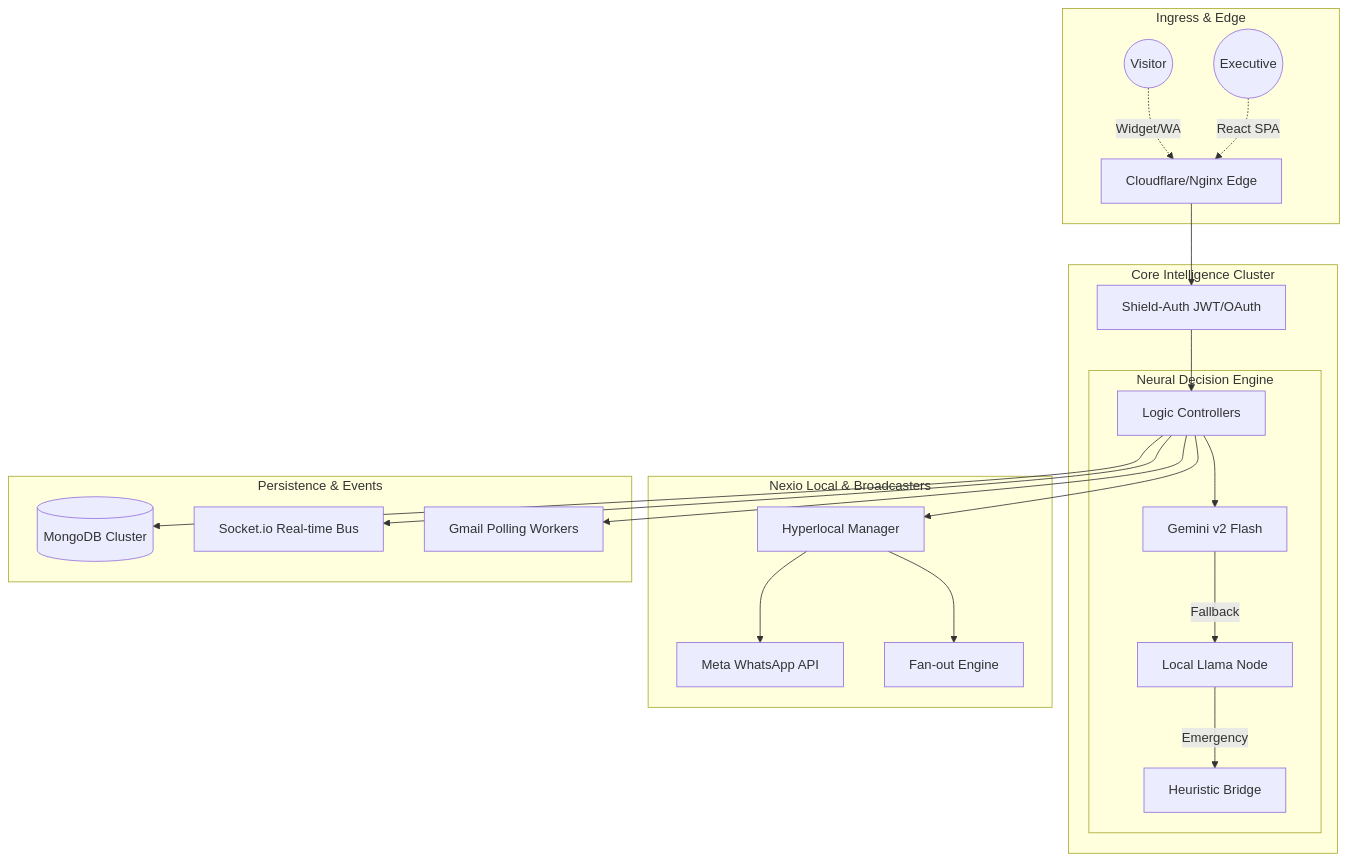
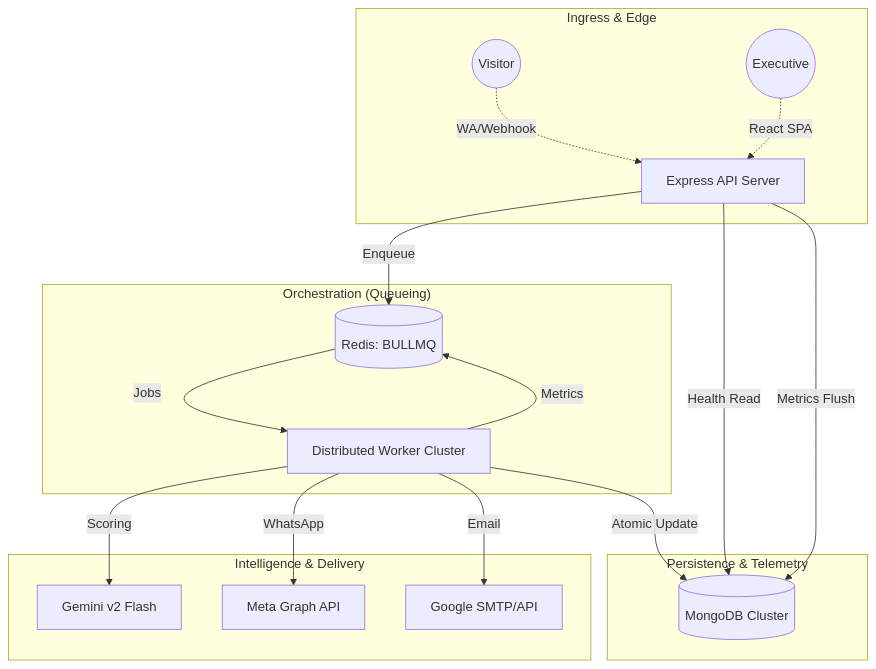
The diagram in README.md (dragon486/Nexio), drawn with Mermaid before and after one commit. The commit also changed other lines of this file and 92 other files, not shown here.

````diff
--- a/README.md
+++ b/README.md
@@ -33,30 +24,25 @@
 ```mermaid
 graph TB
     subgraph "Ingress & Edge"
-        Visitor((Visitor)) -.->|Widget/WA| Edge[Cloudflare/Nginx Edge]
-        Owner((Executive)) -.->|React SPA| Edge
+        V((Visitor)) -.->|WA/Webhook| API[Express API Server]
+        E((Executive)) -.->|React SPA| API
     end
 
-    subgraph "Core Intelligence Cluster"
-        Edge --> Auth[Shield-Auth JWT/OAuth]
-        Auth --> Controllers[Logic Controllers]
-        
-        subgraph "Neural Decision Engine"
-            Controllers --> Gemini[Gemini v2 Flash]
-            Gemini -- Fallback --> Ollama[Local Llama Node]
-            Ollama -- Emergency --> Python[Heuristic Bridge]
-        end
+    subgraph "Orchestration (Queueing)"
+        API -->|Enqueue| RQ[(Redis: BULLMQ)]
+        RQ -->|Jobs| Workers[Distributed Worker Cluster]
     end
 
-    subgraph "Nexio Local & Broadcasters"
-        Controllers --> LocalSvc[Hyperlocal Manager]
-        LocalSvc --> WA[Meta WhatsApp API]
-        LocalSvc --> Broadcast[Fan-out Engine]
+    subgraph "Intelligence & Delivery"
+        Workers -->|Scoring| AI[Gemini v2 Flash]
+        Workers -->|WhatsApp| WA[Meta Graph API]
+        Workers -->|Email| Gmail[Google SMTP/API]
     end
 
-    subgraph "Persistence & Events"
-        Controllers --> Mongo[(MongoDB Cluster)]
-        Controllers --> Socket[Socket.io Real-time Bus]
-        Controllers --> Workers[Gmail Polling Workers]
+    subgraph "Persistence & Telemetry"
+        Workers -->|Atomic Update| DB[(MongoDB Cluster)]
+        API -->|Health Read| DB
+        Workers -->|Metrics| RQ
+        API -->|Metrics Flush| DB
     end
 ```
````
